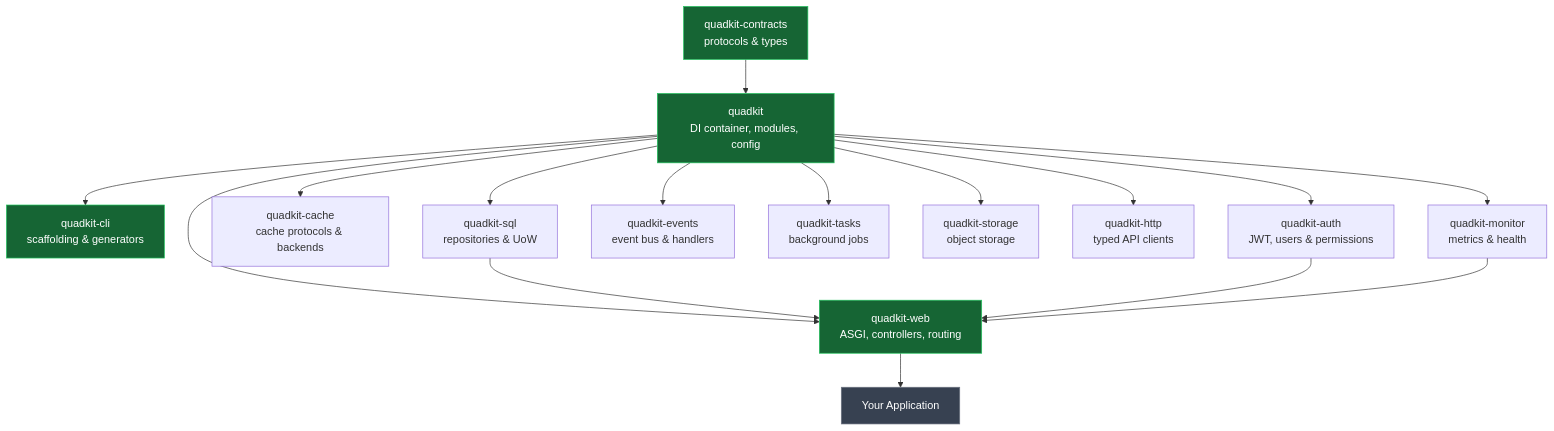
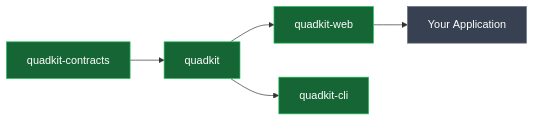
Before and after one commit to dbtinoy-/quadkit: the diagram in README.md, drawn with Mermaid.

Commit message:
📝 docs(readme): show the four-package starter graph
The mermaid diagram answers how a project starts, so it keeps the
starter kit — contracts, core, web and the CLI — with the application
at the end of the chain.

````diff
--- a/README.md
+++ b/README.md
@@ -73,24 +73,11 @@
 ```mermaid
-graph TD
-    QC[quadkit-contracts<br/>protocols & types] --> Q[quadkit<br/>DI container, modules, config]
-    Q --> W[quadkit-web<br/>ASGI, controllers, routing]
-    Q --> CLI[quadkit-cli<br/>scaffolding & generators]
-    Q --> SQL[quadkit-sql<br/>repositories & UoW]
-    Q --> CACHE[quadkit-cache<br/>cache protocols & backends]
-    Q --> AUTH[quadkit-auth<br/>JWT, users & permissions]
-    Q --> EVENTS[quadkit-events<br/>event bus & handlers]
-    Q --> TASKS[quadkit-tasks<br/>background jobs]
-    Q --> STORAGE[quadkit-storage<br/>object storage]
-    Q --> HTTP[quadkit-http<br/>typed API clients]
-    Q --> MON[quadkit-monitor<br/>metrics & health]
-    W --> APP[Your Application]
-    SQL --> W
-    AUTH --> W
-    MON --> W
+graph LR
+    QC[quadkit-contracts] --> Q[quadkit] --> W[quadkit-web] --> APP[Your&nbsp;Application]
+    Q --> CLI[quadkit-cli]
 
     style QC fill:#166534,stroke:#22c55e,color:#fff
     style Q fill:#166534,stroke:#22c55e,color:#fff
     style W fill:#166534,stroke:#22c55e,color:#fff
     style CLI fill:#166534,stroke:#22c55e,color:#fff
     style APP fill:#374151,stroke:#6b7280,color:#fff
 ```
````
